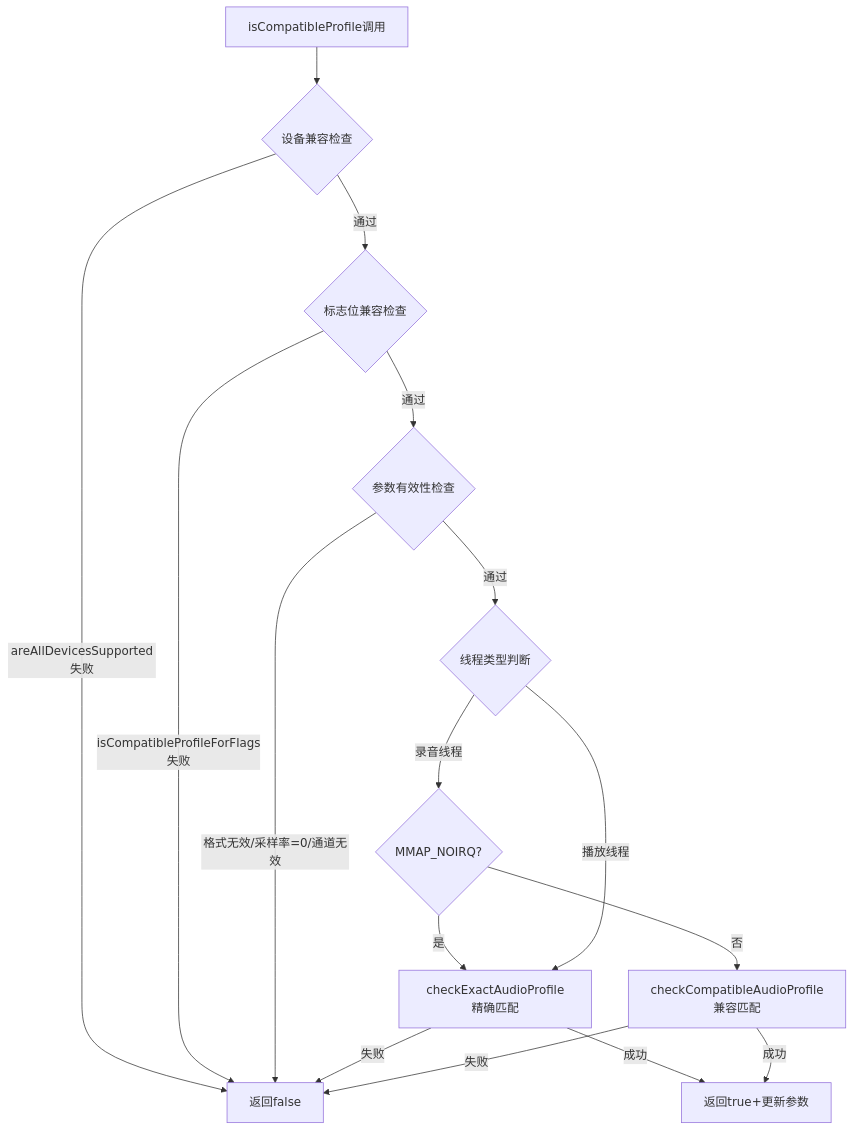
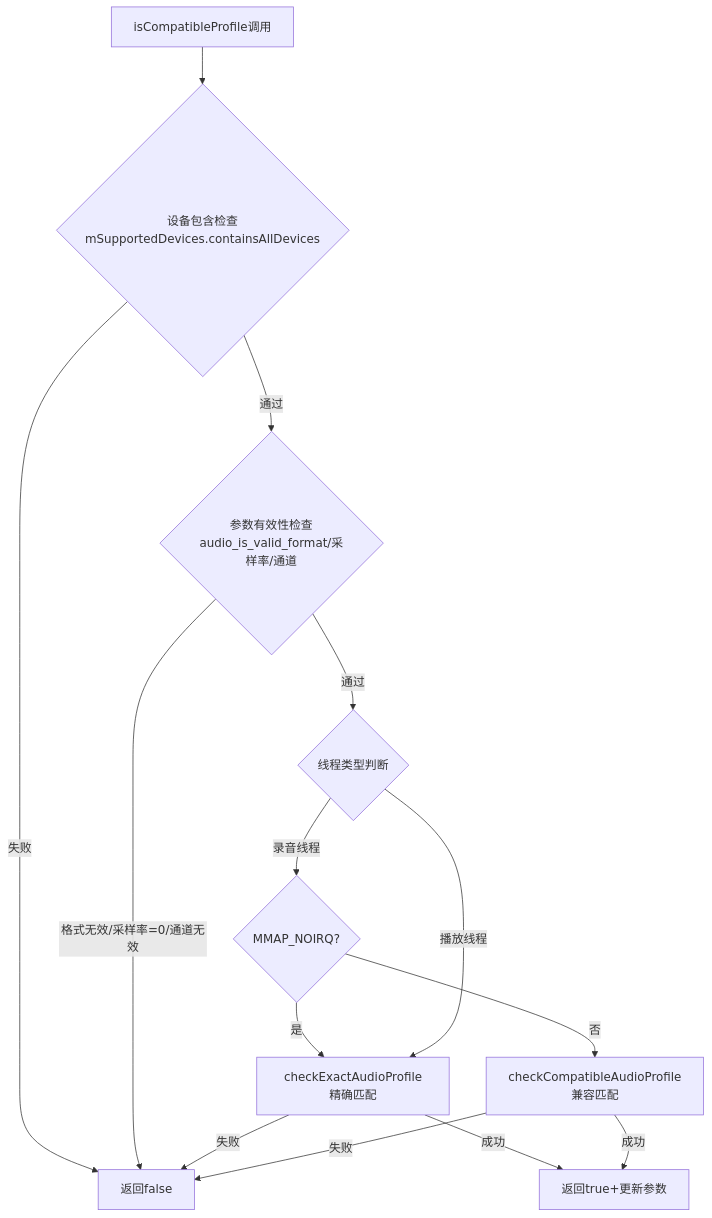
Before and after one commit to yanglinzhen1022/SA8295_AAOS_QNX_Audio_KnowledgeBase: the third of 8 diagrams in 06_Audio_Policy_Engine/06_6.6_IOProfile与HwModule-HAL能力描述.md, drawn with Mermaid. The commit also changed other lines of this file and 11 other files, not shown here.

````diff
--- a/06_Audio_Policy_Engine/06_6.6_IOProfile与HwModule-HAL能力描述.md
+++ b/06_Audio_Policy_Engine/06_6.6_IOProfile与HwModule-HAL能力描述.md
@@ -212,18 +205,16 @@
 ```mermaid
 flowchart TD
-    A[isCompatibleProfile调用] --> B{设备兼容检查}
-    B -->|areAllDevicesSupported失败| X[返回false]
-    B -->|通过| C{标志位兼容检查}
-    C -->|isCompatibleProfileForFlags失败| X
-    C -->|通过| D{参数有效性检查}
+    A[isCompatibleProfile调用] --> B{设备包含检查<br>mSupportedDevices.containsAllDevices}
+    B -->|失败| X[返回false]
+    B -->|通过| D{参数有效性检查<br>audio_is_valid_format/采样率/通道}
     D -->|格式无效/采样率=0/通道无效| X
     D -->|通过| E{线程类型判断}
     E -->|录音线程| F{MMAP_NOIRQ?}
     F -->|是| G[checkExactAudioProfile精确匹配]
     F -->|否| H[checkCompatibleAudioProfile兼容匹配]
     E -->|播放线程| G
     G -->|失败| X
     H -->|失败| X
     G -->|成功| Y[返回true+更新参数]
     H -->|成功| Y
 ```
````
